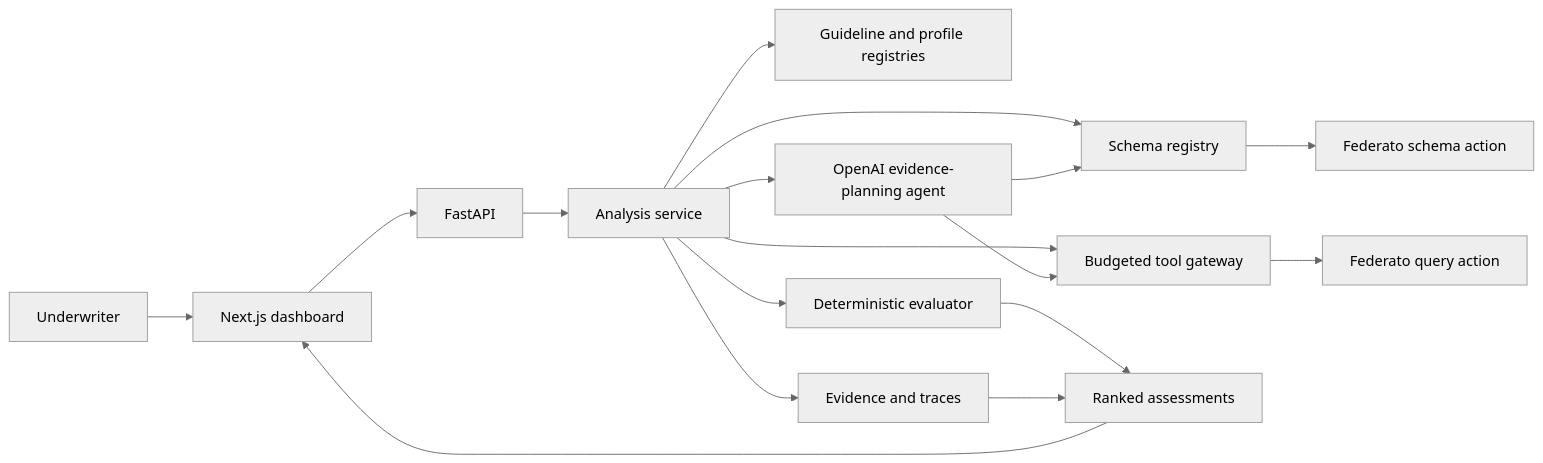
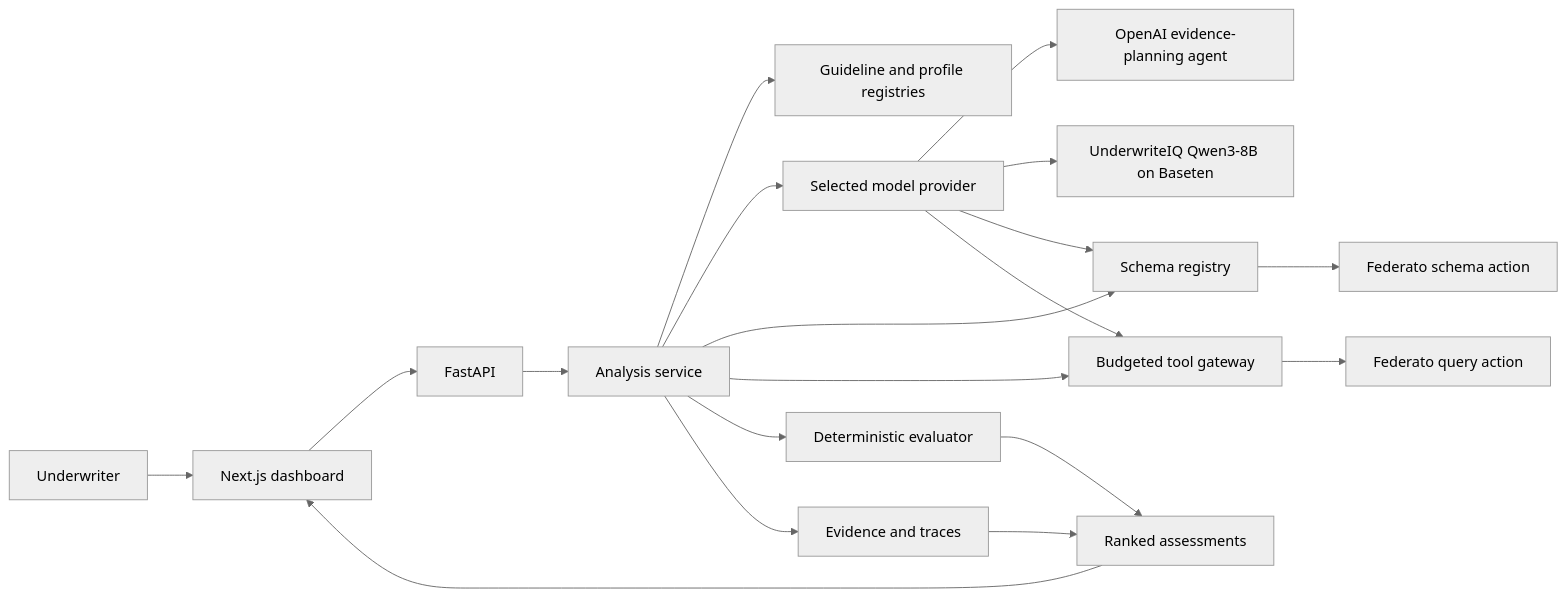
The diagram in README.md (BaronLiu1993/htn-2026), drawn with Mermaid (neutral theme) before and after one commit. The commit also changed other lines of this file and 13 other files, not shown here.

Commit message:
Add selectable Baseten underwriting model

````diff
--- a/README.md
+++ b/README.md
@@ -31,19 +33,21 @@
 ```mermaid
 flowchart LR
     U[Underwriter] --> UI[Next.js dashboard]
     UI --> API[FastAPI]
     API --> O[Analysis service]
     O --> G[Guideline and profile registries]
-    O --> A[OpenAI evidence-planning agent]
+    O --> A[Selected model provider]
+    A --> OA[OpenAI evidence-planning agent]
+    A --> B[UnderwriteIQ Qwen3-8B on Baseten]
     O --> S[Schema registry]
     O --> Q[Budgeted tool gateway]
     O --> E[Deterministic evaluator]
     O --> T[Evidence and traces]
     A --> S
     A --> Q
     S --> F[Federato schema action]
     Q --> FQ[Federato query action]
     E --> R[Ranked assessments]
     T --> R
     R --> UI
 ```
````
